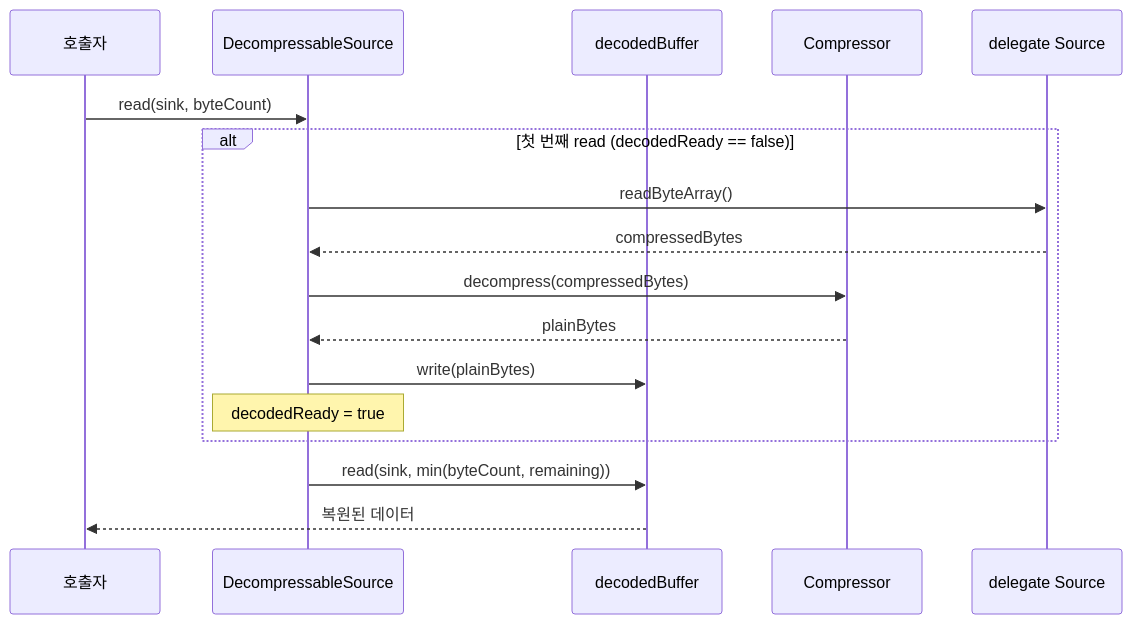
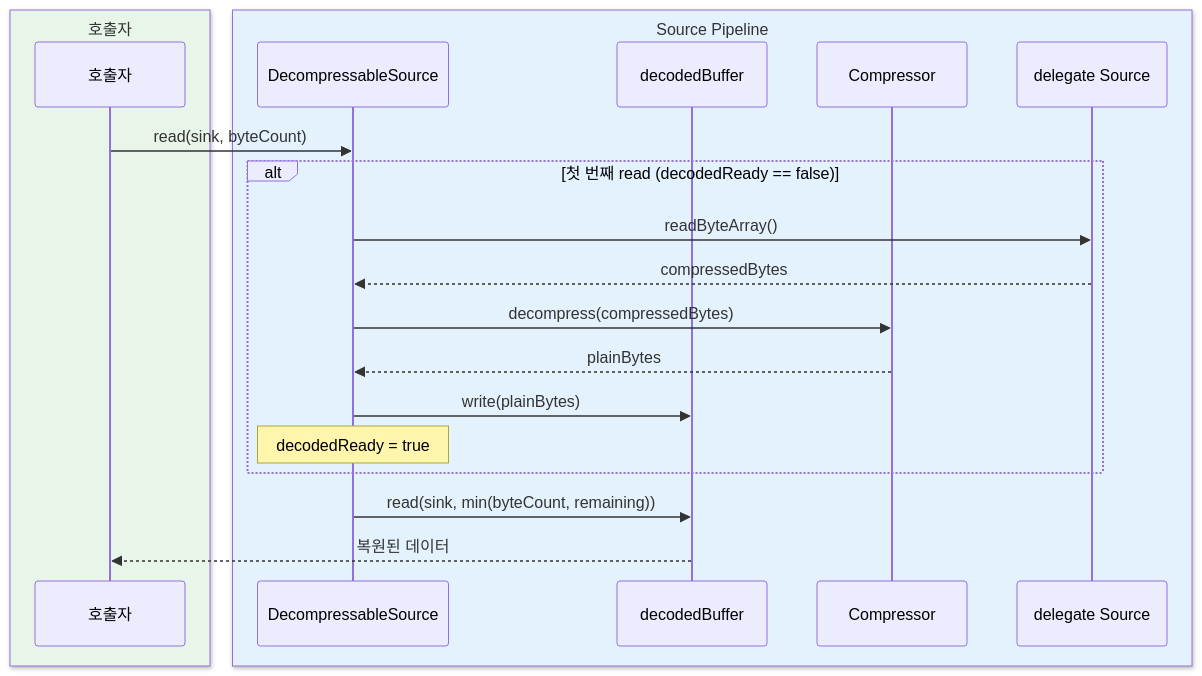
The seventh of 9 diagrams in io/okio/README.ko.md (bluetape4k/bluetape4k-projects), drawn with Mermaid before and after one commit. The commit also changed other lines of this file and 221 other files, not shown here.

First line of the commit message:
docs: 전체 모듈 README UML 다이어그램 보강 및 색상 업그레이드

````diff
--- a/io/okio/README.ko.md
+++ b/io/okio/README.ko.md
@@ -597,20 +643,24 @@
 ```mermaid
 sequenceDiagram
-    participant C as 호출자
-    participant DS as DecompressableSource
-    participant DB as decodedBuffer
-    participant Comp as Compressor
-    participant D as delegate Source
+    box rgb(232, 245, 233) 호출자
+        participant C as 호출자
+    end
+    box rgb(227, 242, 253) Source Pipeline
+        participant DS as DecompressableSource
+        participant DB as decodedBuffer
+        participant Comp as Compressor
+        participant D as delegate Source
+    end
 
     C->>DS: read(sink, byteCount)
     alt 첫 번째 read (decodedReady == false)
         DS->>D: readByteArray()
         D-->>DS: compressedBytes
         DS->>Comp: decompress(compressedBytes)
         Comp-->>DS: plainBytes
         DS->>DB: write(plainBytes)
         Note over DS: decodedReady = true
     end
     DS->>DB: read(sink, min(byteCount, remaining))
     DB-->>C: 복원된 데이터
 ```
````
